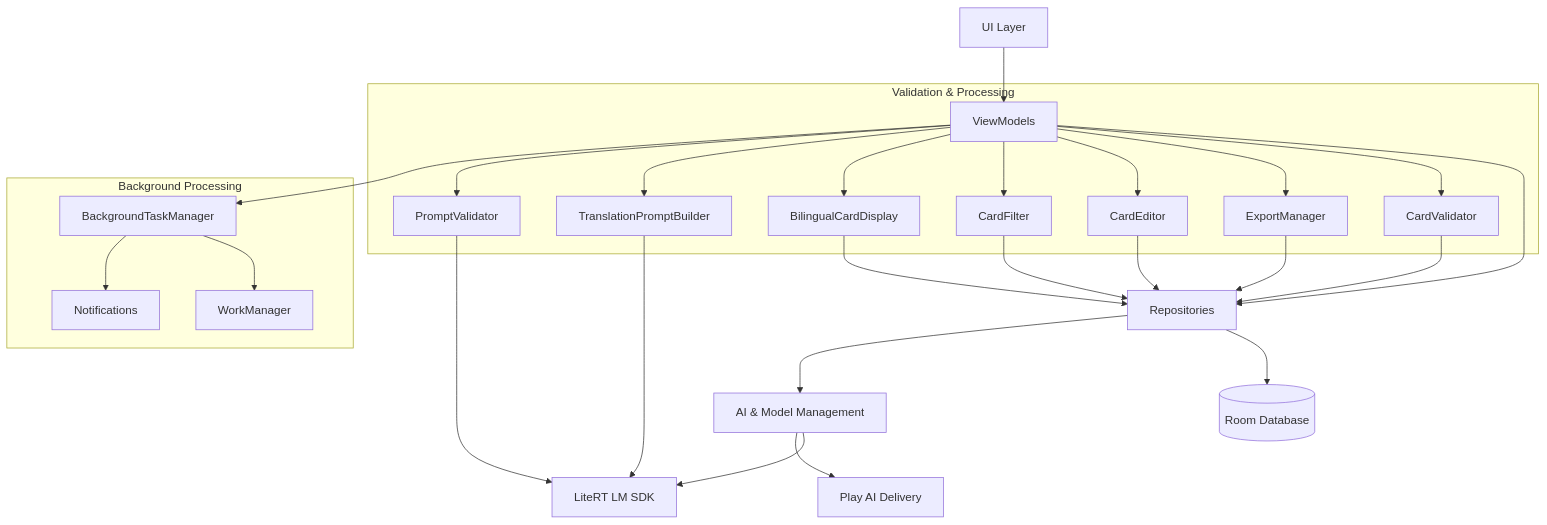
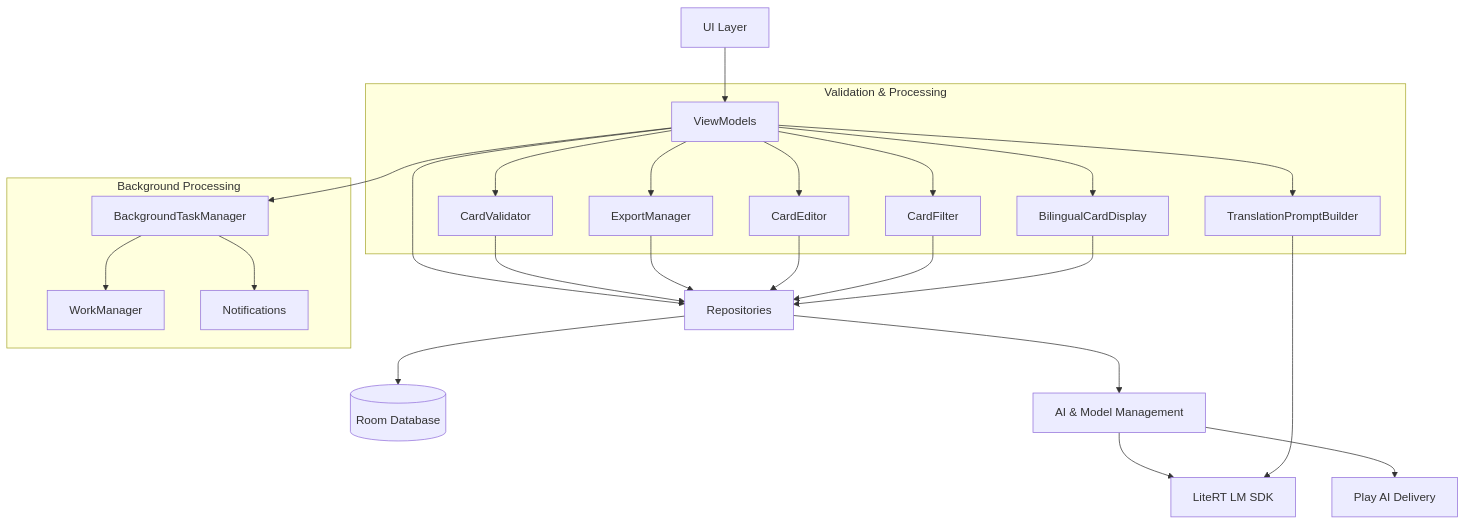
One commit to yoshixmk/scancard changed the diagram in .agent/specs/scancard-app-core/design.md. Above: the diagram before and after it, drawn with Mermaid. The commit also changed other lines of this file and 8 other files, not shown here.

First line of the commit message:
refactor(extraction): single-prompt extraction, remove PromptValidator retry

````diff
--- a/.agent/specs/scancard-app-core/design.md
+++ b/.agent/specs/scancard-app-core/design.md
@@ -40,33 +40,31 @@
 ```mermaid
 graph TD
     UI[UI Layer] --> VM[ViewModels]
     VM --> Repositories
     Repositories --> DB[(Room Database)]
     Repositories --> AI[AI & Model Management]
     AI --> LM[LiteRT LM SDK]
     AI --> PA[Play AI Delivery]
     
     subgraph Validation & Processing
         VM --> CV[CardValidator]
         VM --> EM[ExportManager]
         VM --> CE[CardEditor]
         VM --> CF[CardFilter]
         VM --> BCD[BilingualCardDisplay]
         VM --> TPB[TranslationPromptBuilder]
-        VM --> PV[PromptValidator]
     end
     
     subgraph Background Processing
         VM --> BTM[BackgroundTaskManager]
         BTM --> WM[WorkManager]
         BTM --> N[Notifications]
     end
     
     CV --> Repositories
     EM --> Repositories
     CE --> Repositories
     CF --> Repositories
     BCD --> Repositories
     TPB --> LM
-    PV --> LM
 ```
````
